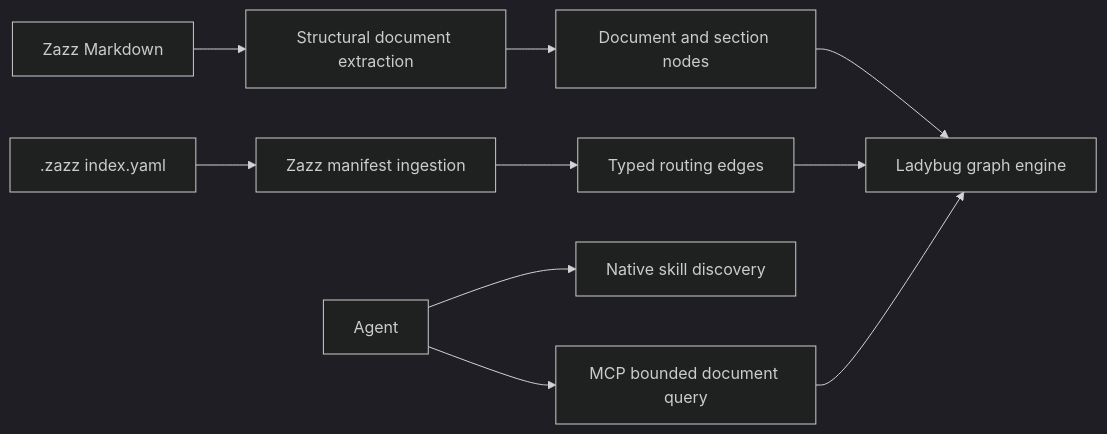
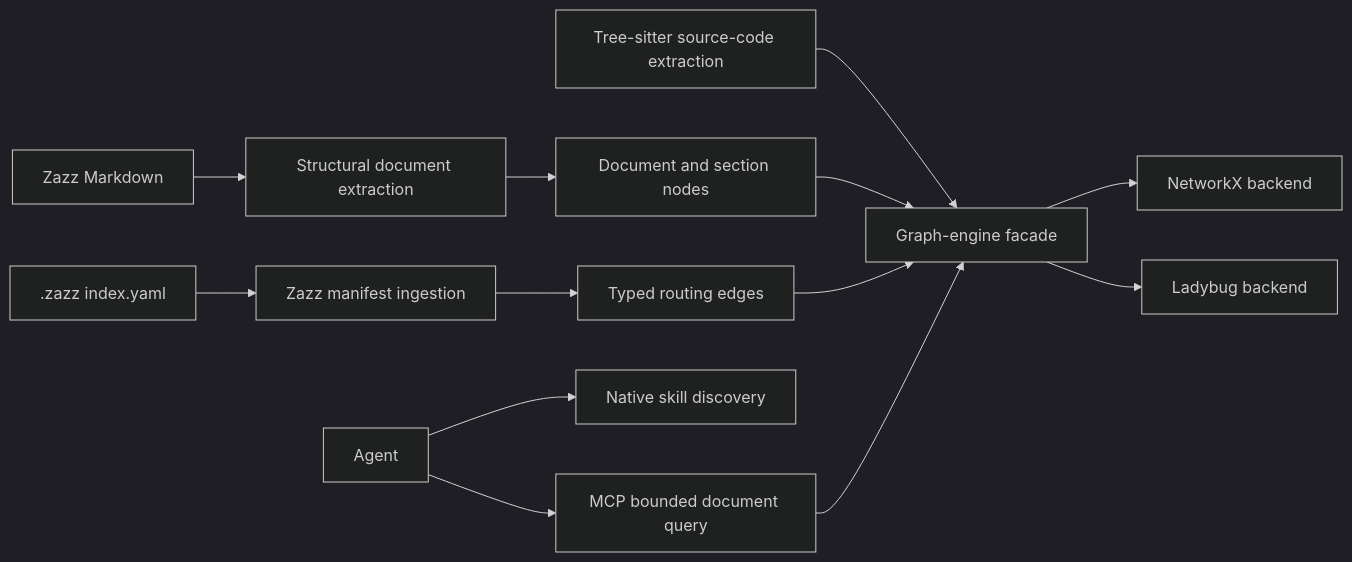
One commit to zazzcode/zgraphify changed the first of 3 diagrams in .zazz/proposals/ladybug-db-integration.md. Above: the diagram before and after it, drawn with Mermaid (dark theme). The commit also changed other lines of this file, not shown here.

Commit message:
docs: define engine-independent Zazz ingestion

````diff
--- a/.zazz/proposals/ladybug-db-integration.md
+++ b/.zazz/proposals/ladybug-db-integration.md
@@ -71,12 +71,15 @@
 ```mermaid
 flowchart LR
+    C["Tree-sitter source-code extraction"] --> F["Graph-engine facade"]
     M["Zazz Markdown"] --> S["Structural document extraction"]
     S --> D["Document and section nodes"]
     I[".zazz index.yaml"] --> X["Zazz manifest ingestion"]
     X --> R["Typed routing edges"]
-    D --> G["Ladybug graph engine"]
-    R --> G
+    D --> F
+    R --> F
+    F --> N["NetworkX backend"]
+    F --> L["Ladybug backend"]
     A["Agent"] --> K["Native skill discovery"]
     A --> Q["MCP bounded document query"]
-    Q --> G
+    Q --> F
 ```
````
